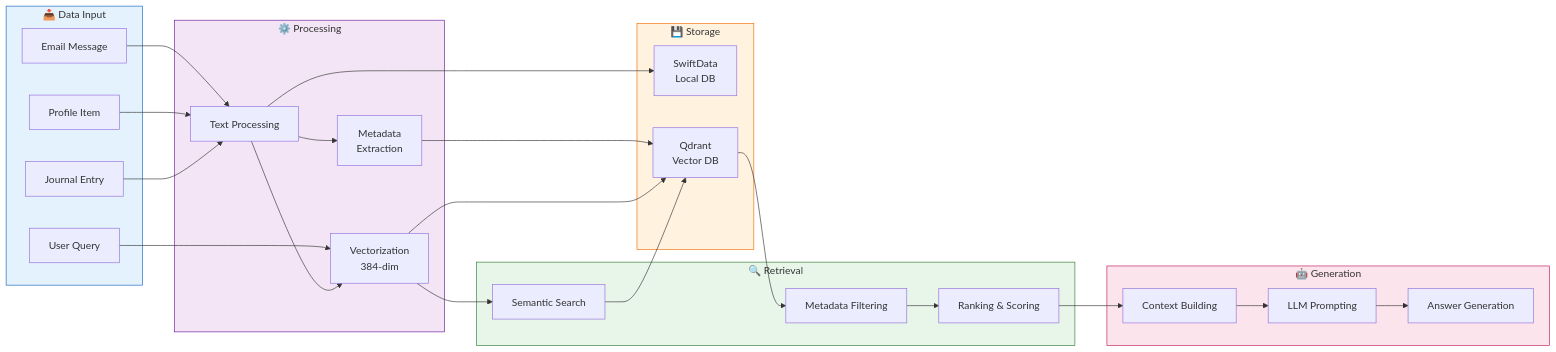
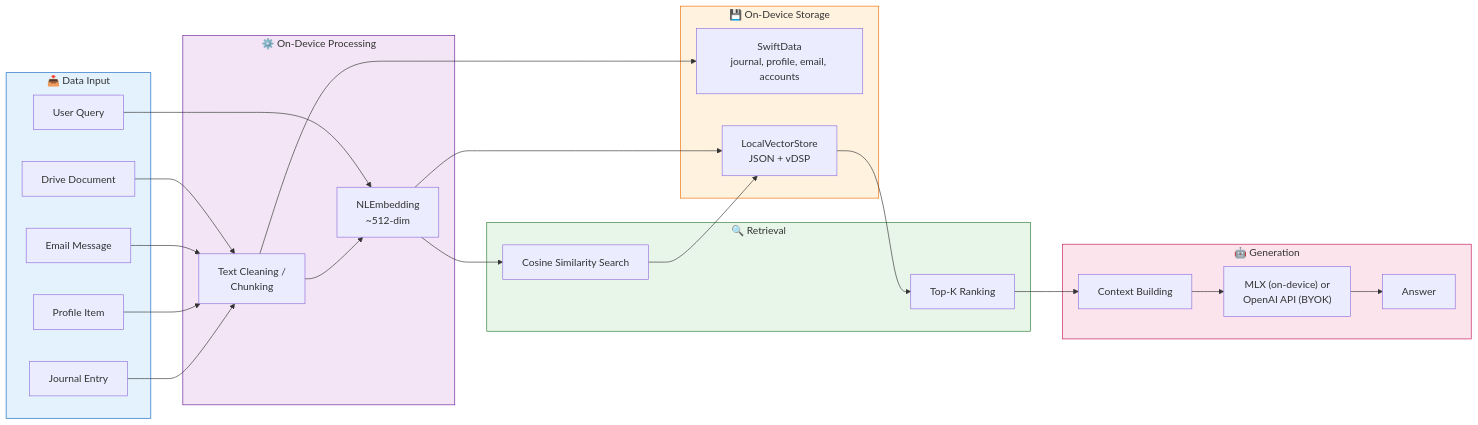
The third of 3 diagrams in README.md (senthil-sekar/MindVault), drawn with Mermaid before and after one commit. The commit also changed other lines of this file and 4 other files, not shown here.

````diff
--- a/README.md
+++ b/README.md
@@ -219,56 +166,53 @@
 ```mermaid
 flowchart LR
     subgraph Input["📥 Data Input"]
         J[Journal Entry]
         P[Profile Item]
         E[Email Message]
+        D[Drive Document]
         Q[User Query]
     end
-    
-    subgraph Processing["⚙️ Processing"]
-        T[Text Processing]
-        V[Vectorization<br/>384-dim]
-        M[Metadata<br/>Extraction]
+
+    subgraph Processing["⚙️ On-Device Processing"]
+        T[Text Cleaning /<br/>Chunking]
+        V["NLEmbedding<br/>~512-dim"]
     end
-    
-    subgraph Storage["💾 Storage"]
-        SD[SwiftData<br/>Local DB]
-        QD[Qdrant<br/>Vector DB]
+
+    subgraph Storage["💾 On-Device Storage"]
+        SD["SwiftData<br/>journal, profile, email, accounts"]
+        LVS["LocalVectorStore<br/>JSON + vDSP"]
     end
-    
+
     subgraph Retrieval["🔍 Retrieval"]
-        S[Semantic Search]
-        F[Metadata Filtering]
-        R[Ranking & Scoring]
+        S[Cosine Similarity Search]
+        R[Top-K Ranking]
     end
-    
+
     subgraph Generation["🤖 Generation"]
         C[Context Building]
-        L[LLM Prompting]
-        A[Answer Generation]
+        L["MLX (on-device) or<br/>OpenAI API (BYOK)"]
+        A[Answer]
     end
-    
+
     J --> T
     P --> T
     E --> T
+    D --> T
     T --> V
-    T --> M
-    V --> QD
-    M --> QD
+    V --> LVS
     T --> SD
-    
+
     Q --> V
     V --> S
-    S --> QD
-    QD --> F
-    F --> R
+    S --> LVS
+    LVS --> R
     R --> C
     C --> L
     L --> A
-    
+
     style Input fill:#e3f2fd,stroke:#1565c0
     style Processing fill:#f3e5f5,stroke:#6a1b9a
     style Storage fill:#fff3e0,stroke:#ef6c00
     style Retrieval fill:#e8f5e9,stroke:#2e7d32
     style Generation fill:#fce4ec,stroke:#c2185b
 ```
````
